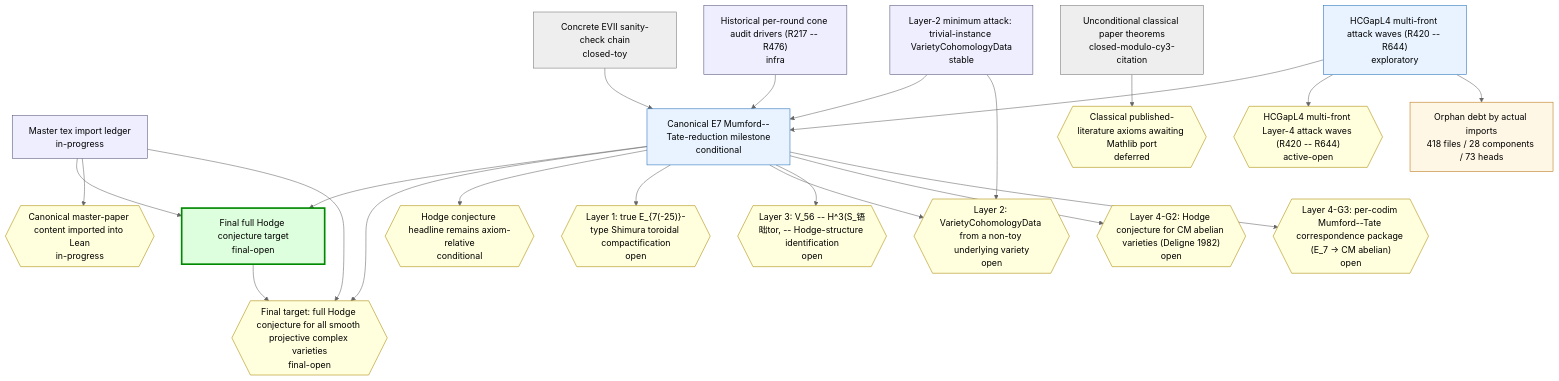
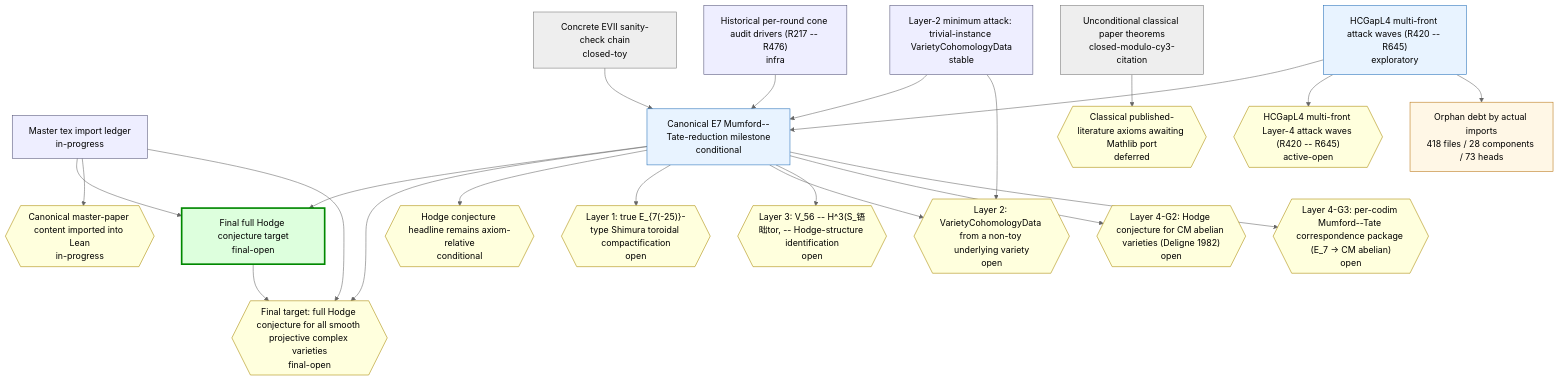
The first of 2 diagrams in chain-status/research-map.md (crabsatellite/hodge-conjecture-lean4-formalization), drawn with Mermaid (neutral theme) before and after one commit. The commit also changed other lines of this file and 8 other files, not shown here.

````diff
--- a/chain-status/research-map.md
+++ b/chain-status/research-map.md
@@ -46,54 +46,54 @@
 ```mermaid
 graph TD
   classDef main fill:#dfd,stroke:#080,stroke-width:3px
   classDef active fill:#e8f3ff,stroke:#2670b8
   classDef support fill:#eef,stroke:#557
   classDef closed fill:#eee,stroke:#777
   classDef dead fill:#fdd,stroke:#a00,stroke-width:2px
   classDef gapOpen fill:#ffd,stroke:#a80
   classDef gapClosed fill:#eee,stroke:#777
   classDef gapDead fill:#fdd,stroke:#a00
   classDef debt fill:#fff7e6,stroke:#b87514
   classDef debtTaxonomy fill:#e8f3ff,stroke:#2670b8,stroke-dasharray:3 3
   classDef debtRule fill:#eefbea,stroke:#398439,stroke-dasharray:3 3
   classDef debtDead fill:#fdd,stroke:#a00,stroke-dasharray:3 3
   chain_full_hc_final_target["Final full Hodge conjecture target\nfinal-open"]:::main
   chain_master_paper_import_ledger["Master tex import ledger\nin-progress"]:::support
   chain_main_hc_axiom_relative["Canonical E7 Mumford--Tate-reduction milestone\nconditional"]:::active
   chain_unconditional_classical["Unconditional classical paper theorems\nclosed-modulo-cy3-citation"]:::closed
   chain_hcgap_l2_trivial_instances["Layer-2 minimum attack: trivial-instance VarietyCohomologyData\nstable"]:::support
-  chain_hcgap_l4_multifront_active["HCGapL4 multi-front attack waves (R420 -- R644)\nexploratory"]:::active
+  chain_hcgap_l4_multifront_active["HCGapL4 multi-front attack waves (R420 -- R645)\nexploratory"]:::active
   chain_concrete_evii_toy["Concrete EVII sanity-check chain\nclosed-toy"]:::closed
   chain_historical_cone_audits["Historical per-round cone audit drivers (R217 -- R476)\ninfra"]:::support
   gap_G_full_hc{{"Final target: full Hodge conjecture for all smooth projective complex varieties\nfinal-open"}}:::gapOpen
   gap_G_master_paper_import{{"Canonical master-paper content imported into Lean\nin-progress"}}:::gapOpen
   gap_G_main_hc{{"Hodge conjecture headline remains axiom-relative\nconditional"}}:::gapOpen
   gap_G_l1_e7_shimura_tor{{"Layer 1: true E_{7(-25)}-type Shimura toroidal compactification\nopen"}}:::gapOpen
   gap_G_l2_cohomology_construction{{"Layer 2: VarietyCohomologyData from a non-toy underlying variety\nopen"}}:::gapOpen
   gap_G_l3_v56_mt_identification{{"Layer 3: V_56 -- H^3(S_铻昢tor, -- Hodge-structure identification\nopen"}}:::gapOpen
   gap_G_l4_cm_abelian_hc{{"Layer 4-G2: Hodge conjecture for CM abelian varieties (Deligne 1982)\nopen"}}:::gapOpen
   gap_G_l4_mt_correspondence{{"Layer 4-G3: per-codim Mumford--Tate correspondence package (E_7 -> CM abelian)\nopen"}}:::gapOpen
   gap_G_classical_mathlib_port{{"Classical published-literature axioms awaiting Mathlib port\ndeferred"}}:::gapOpen
-  gap_G_hcgap_l4_multifront{{"HCGapL4 multi-front Layer-4 attack waves (R420 -- R644)\nactive-open"}}:::gapOpen
+  gap_G_hcgap_l4_multifront{{"HCGapL4 multi-front Layer-4 attack waves (R420 -- R645)\nactive-open"}}:::gapOpen
   chain_full_hc_final_target --> gap_G_full_hc
   chain_master_paper_import_ledger --> chain_full_hc_final_target
   chain_master_paper_import_ledger --> gap_G_master_paper_import
   chain_master_paper_import_ledger --> gap_G_full_hc
   chain_main_hc_axiom_relative --> chain_full_hc_final_target
   chain_main_hc_axiom_relative --> gap_G_full_hc
   chain_main_hc_axiom_relative --> gap_G_main_hc
   chain_main_hc_axiom_relative --> gap_G_l1_e7_shimura_tor
   chain_main_hc_axiom_relative --> gap_G_l2_cohomology_construction
   chain_main_hc_axiom_relative --> gap_G_l3_v56_mt_identification
   chain_main_hc_axiom_relative --> gap_G_l4_cm_abelian_hc
   chain_main_hc_axiom_relative --> gap_G_l4_mt_correspondence
   chain_unconditional_classical --> gap_G_classical_mathlib_port
   chain_hcgap_l2_trivial_instances --> chain_main_hc_axiom_relative
   chain_hcgap_l2_trivial_instances --> gap_G_l2_cohomology_construction
   chain_hcgap_l4_multifront_active --> chain_main_hc_axiom_relative
   chain_hcgap_l4_multifront_active --> gap_G_hcgap_l4_multifront
   chain_concrete_evii_toy --> chain_main_hc_axiom_relative
   chain_historical_cone_audits --> chain_main_hc_axiom_relative
   debt_all["Orphan debt by actual imports\n418 files / 28 components / 73 heads"]:::debt
   chain_hcgap_l4_multifront_active --> debt_all
 ```
````
